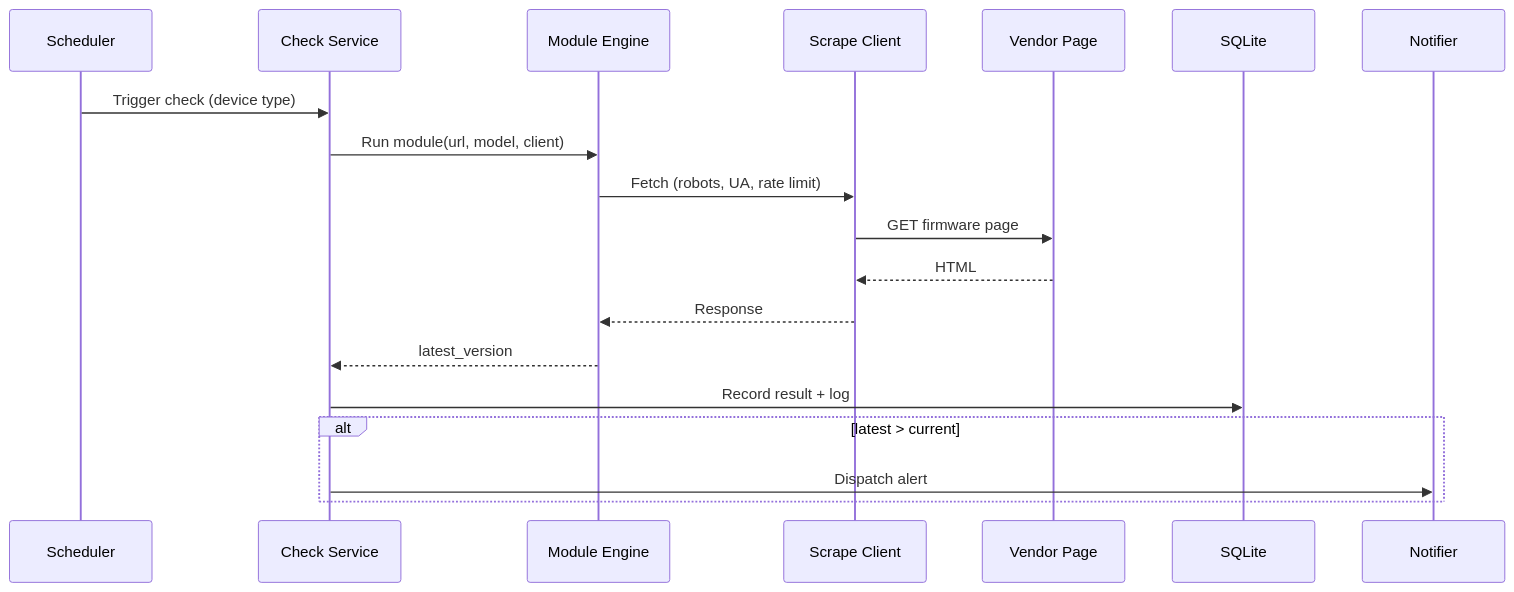
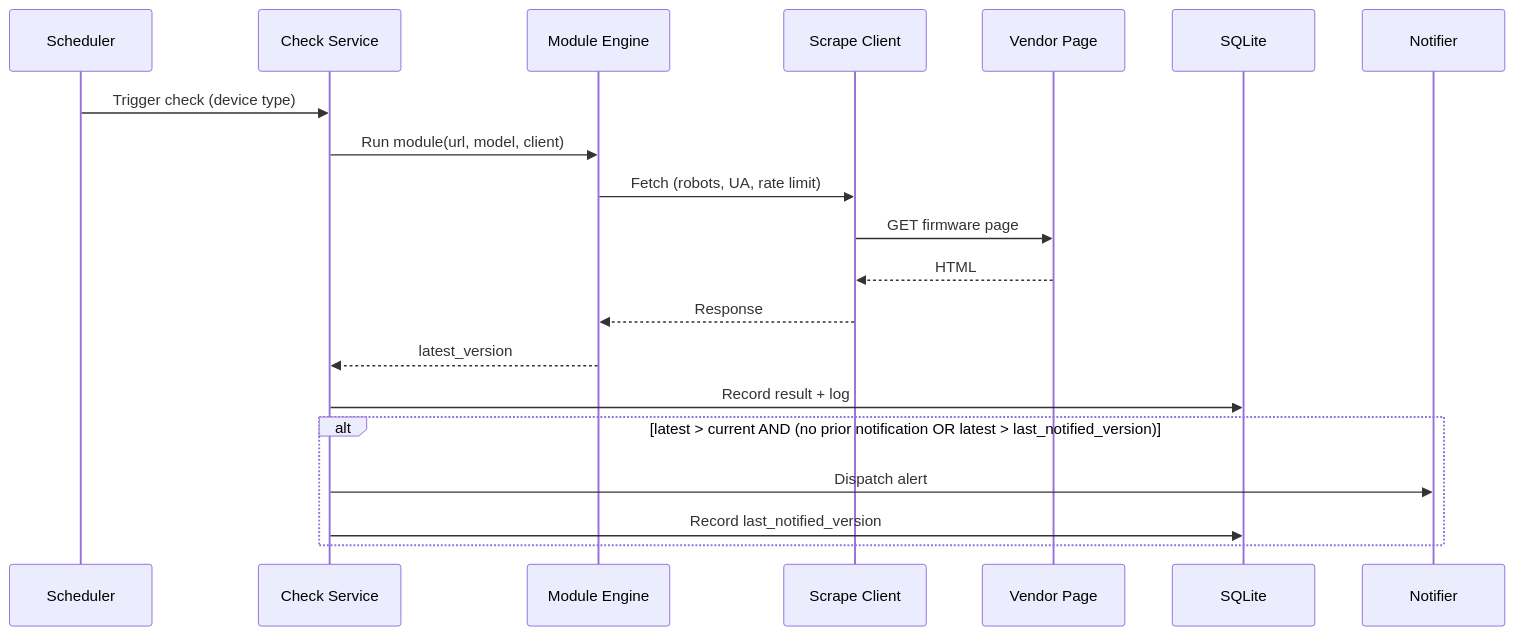
Before and after one commit to attilaszasz/Binocular: the fourth of 5 diagrams in specs/sad.md, drawn with Mermaid. The commit also changed other lines of this file and 3 other files, not shown here.

Commit message:
amend: notification deduplication — one alert per version, re-notify only on newer

````diff
--- a/specs/sad.md
+++ b/specs/sad.md
@@ -100,21 +100,22 @@
 ```mermaid
 sequenceDiagram
     participant Sched as Scheduler
     participant Svc as Check Service
     participant Eng as Module Engine
     participant HTTP as Scrape Client
     participant Vendor as Vendor Page
     participant DB as SQLite
     participant Notify as Notifier
     Sched->>Svc: Trigger check (device type)
     Svc->>Eng: Run module(url, model, client)
     Eng->>HTTP: Fetch (robots, UA, rate limit)
     HTTP->>Vendor: GET firmware page
     Vendor-->>HTTP: HTML
     HTTP-->>Eng: Response
     Eng-->>Svc: latest_version
     Svc->>DB: Record result + log
-    alt latest > current
+    alt latest > current AND (no prior notification OR latest > last_notified_version)
         Svc->>Notify: Dispatch alert
+        Svc->>DB: Record last_notified_version
     end
 ```
````
